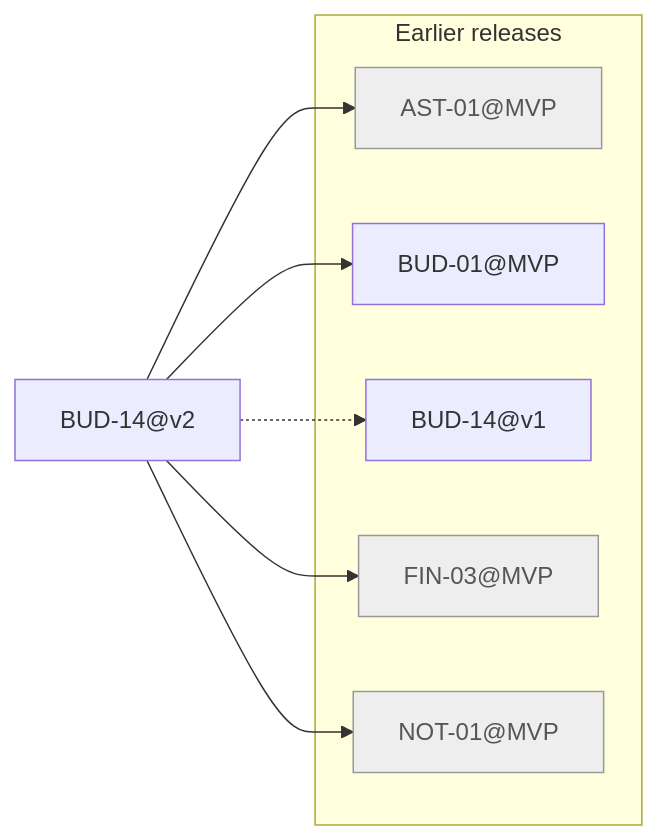
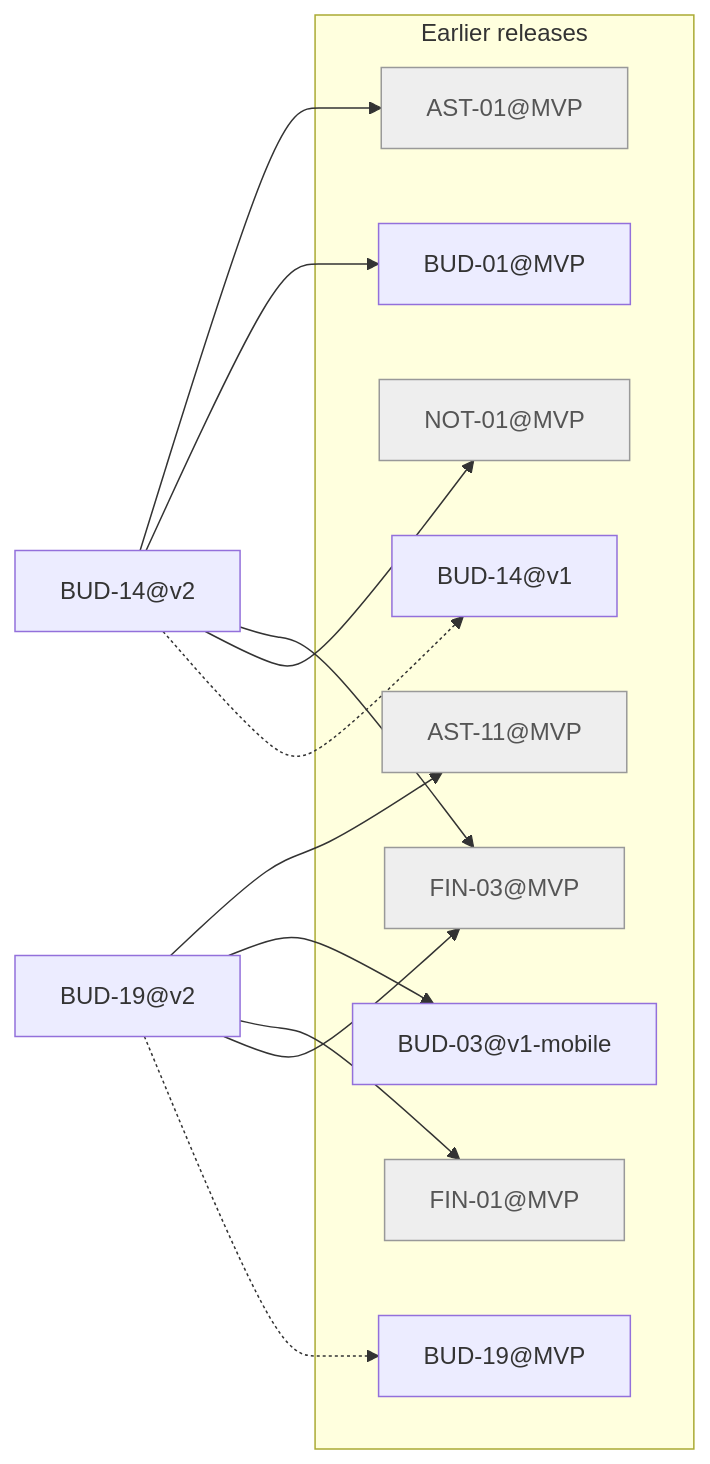
The diagram in docs/traceability/release-v2.md (minakovval/Willowsum), drawn with Mermaid before and after one commit. The commit also changed other lines of this file and 48 other files, not shown here.

````diff
--- a/docs/traceability/release-v2.md
+++ b/docs/traceability/release-v2.md
@@ -17,18 +18,28 @@
 ```mermaid
 flowchart LR
   BUD_14_v2["BUD-14@v2"]
+  BUD_19_v2["BUD-19@v2"]
   subgraph earlier["Earlier releases"]
     AST_01_MVP["AST-01@MVP"]
+    AST_11_MVP["AST-11@MVP"]
     BUD_01_MVP["BUD-01@MVP"]
+    BUD_03_v1_mobile["BUD-03@v1-mobile"]
     BUD_14_v1["BUD-14@v1"]
+    BUD_19_MVP["BUD-19@MVP"]
+    FIN_01_MVP["FIN-01@MVP"]
     FIN_03_MVP["FIN-03@MVP"]
     NOT_01_MVP["NOT-01@MVP"]
   end
   BUD_14_v2 --> AST_01_MVP
   BUD_14_v2 --> BUD_01_MVP
   BUD_14_v2 --> FIN_03_MVP
   BUD_14_v2 --> NOT_01_MVP
   BUD_14_v2 -.-> BUD_14_v1
+  BUD_19_v2 --> AST_11_MVP
+  BUD_19_v2 --> BUD_03_v1_mobile
+  BUD_19_v2 --> FIN_01_MVP
+  BUD_19_v2 --> FIN_03_MVP
+  BUD_19_v2 -.-> BUD_19_MVP
   classDef notMigrated fill:#eee,stroke:#999,color:#555
-  class AST_01_MVP,FIN_03_MVP,NOT_01_MVP notMigrated
+  class AST_01_MVP,AST_11_MVP,FIN_01_MVP,FIN_03_MVP,NOT_01_MVP notMigrated
 ```
````
